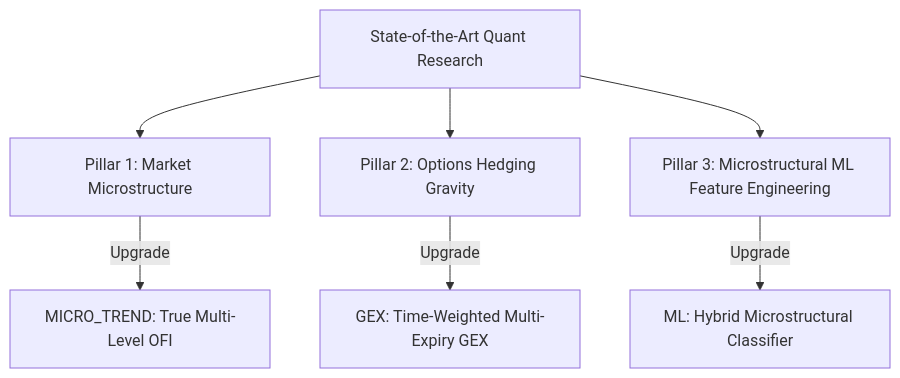
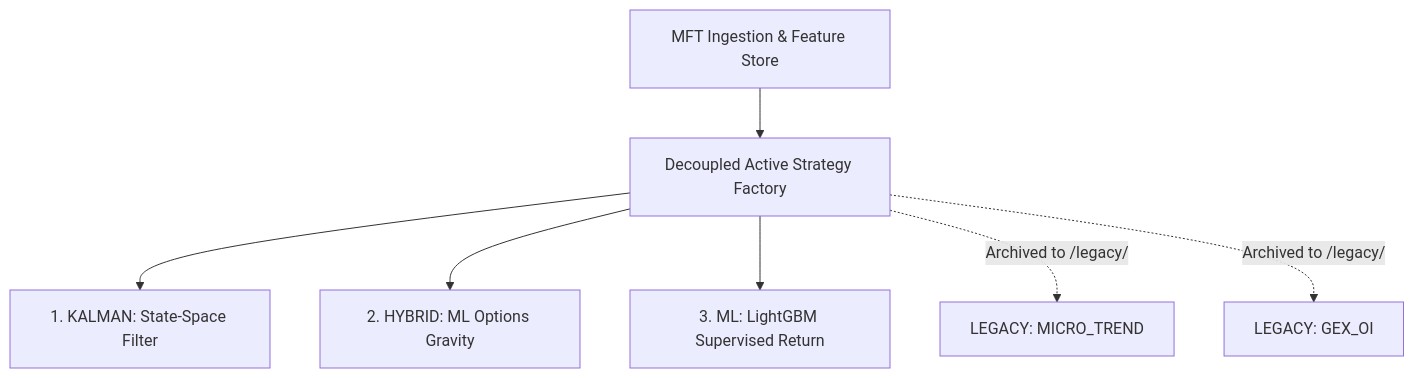
The diagram in quant_research_report.md (sujwal80/crypto_mft), drawn with Mermaid before and after one commit. The commit also changed other lines of this file and 10 other files, not shown here.

Commit message:
refactor: move alpha strategies to legacy, add record_market_data and run_dlq_competition tools, and update configuration.

````diff
--- a/quant_research_report.md
+++ b/quant_research_report.md
@@ -10,10 +12,11 @@
 ```mermaid
 graph TD
-    A[State-of-the-Art Quant Research] --> B[Pillar 1: Market Microstructure]
-    A --> C[Pillar 2: Options Hedging Gravity]
-    A --> D[Pillar 3: Microstructural ML Feature Engineering]
+    A[MFT Ingestion & Feature Store] --> B[Decoupled Active Strategy Factory]
     
-    B -->|Upgrade| E[MICRO_TREND: True Multi-Level OFI]
-    C -->|Upgrade| F[GEX: Time-Weighted Multi-Expiry GEX]
-    D -->|Upgrade| G[ML: Hybrid Microstructural Classifier]
+    B --> C[1. KALMAN: State-Space Filter]
+    B --> D[2. HYBRID: ML Options Gravity]
+    B --> E[3. ML: LightGBM Supervised Return]
+    
+    B -.->|Archived to /legacy/| F[LEGACY: MICRO_TREND]
+    B -.->|Archived to /legacy/| G[LEGACY: GEX_OI]
 ```
````
